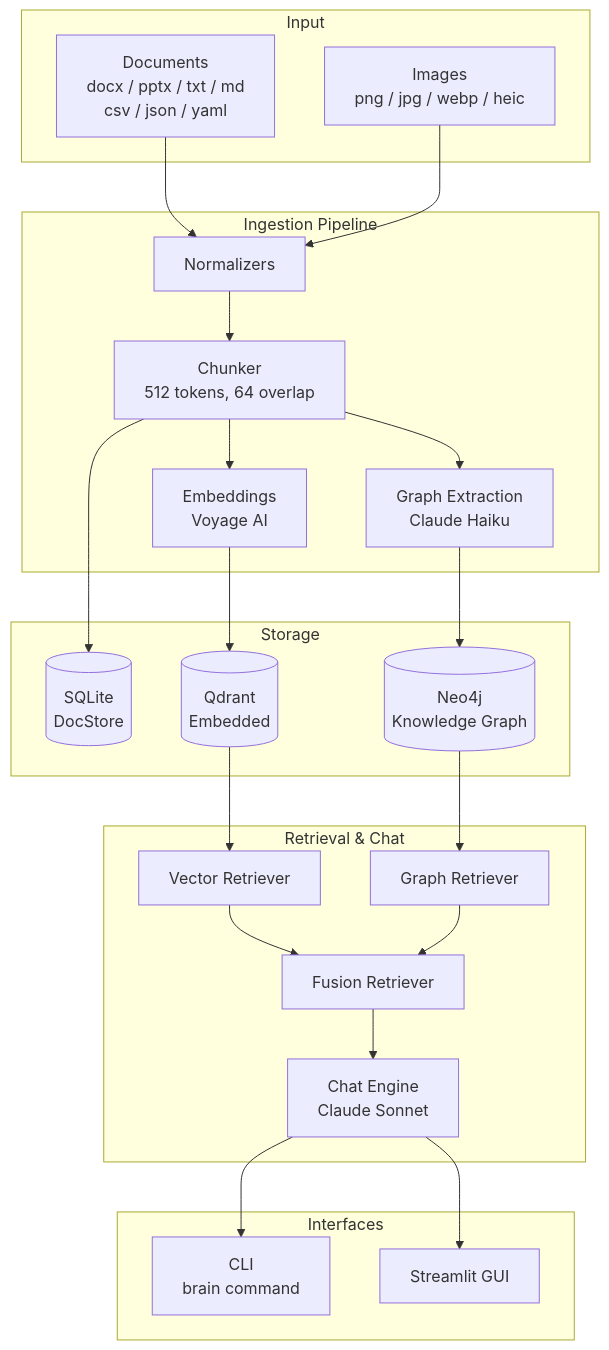
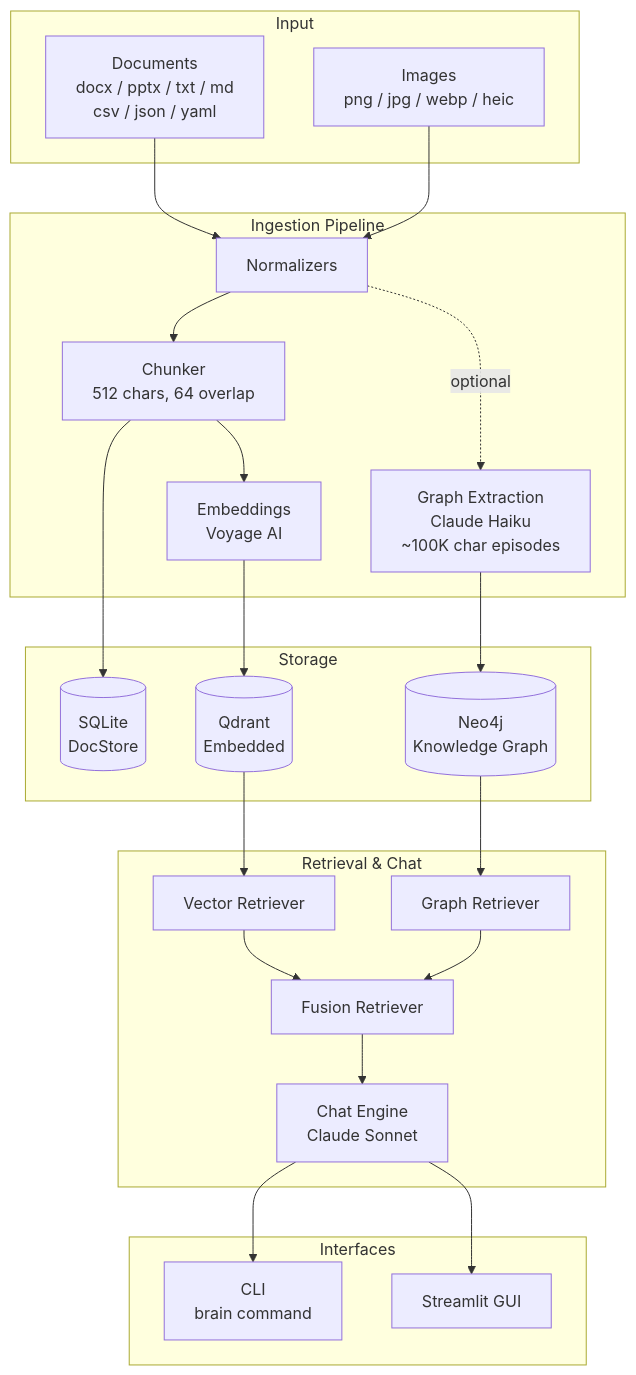
The first of 3 diagrams in README.md (babegeman/brain), drawn with Mermaid before and after one commit. The commit also changed other lines of this file, not shown here.

Commit message:
Update README to clarify chunking and graph extraction details

````diff
--- a/README.md
+++ b/README.md
@@ -7,48 +7,48 @@
 ```mermaid
 graph TB
     subgraph Input
         FILES[Documents<br/>docx / pptx / txt / md<br/>csv / json / yaml]
         IMAGES[Images<br/>png / jpg / webp / heic]
     end
 
     subgraph Ingestion Pipeline
         NORM[Normalizers]
-        CHUNK[Chunker<br/>512 tokens, 64 overlap]
+        CHUNK[Chunker<br/>512 chars, 64 overlap]
         EMB[Embeddings<br/>Voyage AI]
-        GEX[Graph Extraction<br/>Claude Haiku]
+        GEX[Graph Extraction<br/>Claude Haiku<br/>~100K char episodes]
     end
 
     subgraph Storage
         SQLITE[(SQLite<br/>DocStore)]
         QDRANT[(Qdrant<br/>Embedded)]
         NEO4J[(Neo4j<br/>Knowledge Graph)]
     end
 
     subgraph Retrieval & Chat
         VR[Vector Retriever]
         GR[Graph Retriever]
         FUSION[Fusion Retriever]
         ENGINE[Chat Engine<br/>Claude Sonnet]
     end
 
     subgraph Interfaces
         CLI[CLI<br/>brain command]
         GUI[Streamlit GUI]
     end
 
     FILES --> NORM
     IMAGES --> NORM
     NORM --> CHUNK
+    NORM -.->|optional| GEX --> NEO4J
     CHUNK --> SQLITE
     CHUNK --> EMB --> QDRANT
-    CHUNK --> GEX --> NEO4J
 
     QDRANT --> VR
     NEO4J --> GR
     VR --> FUSION
     GR --> FUSION
     FUSION --> ENGINE
 
     ENGINE --> CLI
     ENGINE --> GUI
 ```
````
